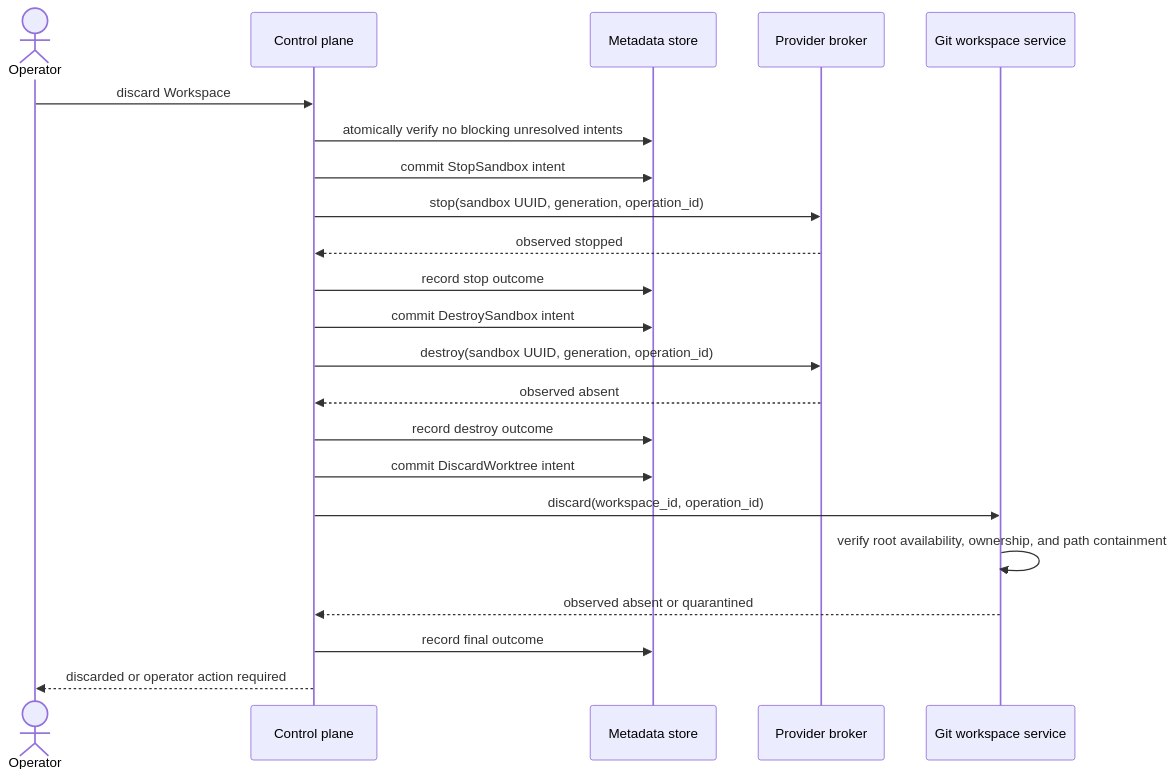
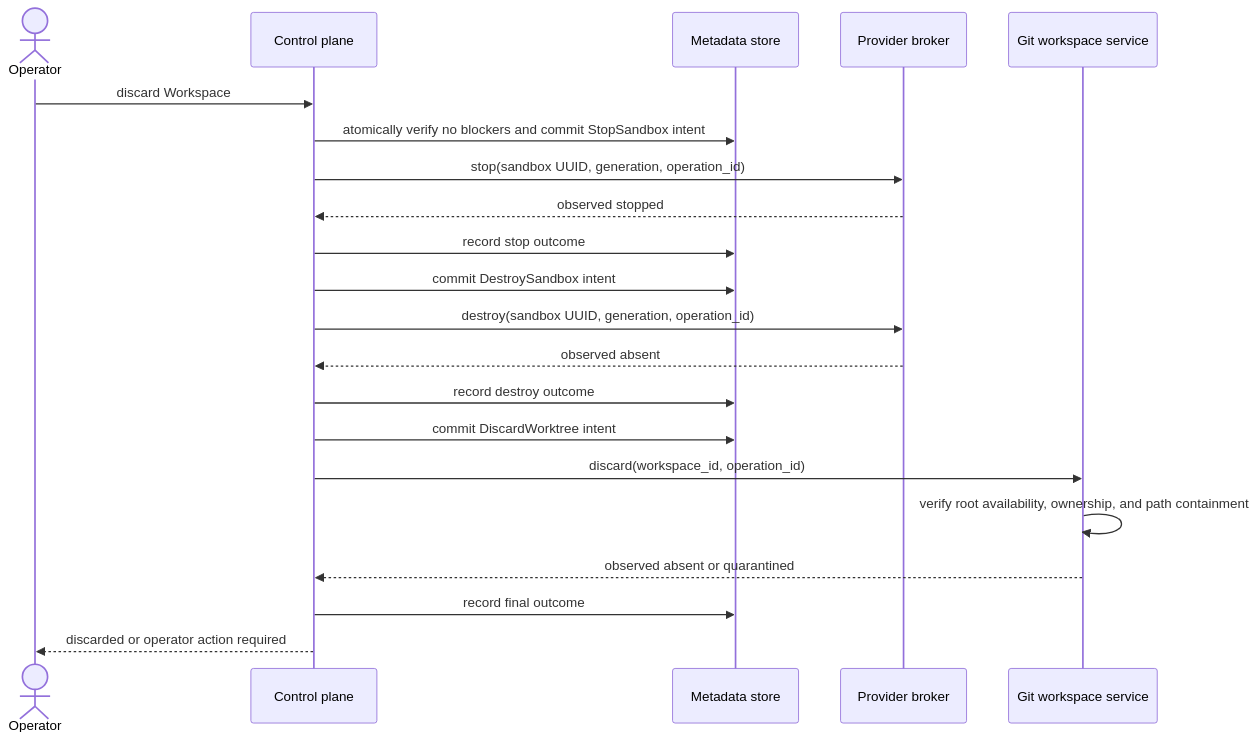
The sixth of 7 diagrams in docs/architecture/sequences-M1.md (ansami-dev/agnest), drawn with Mermaid before and after one commit. The commit also changed other lines of this file and 3 other files, not shown here.

First line of the commit message:
docs: address architecture review findings

````diff
--- a/docs/architecture/sequences-M1.md
+++ b/docs/architecture/sequences-M1.md
@@ -154,25 +157,24 @@
 ```mermaid
 sequenceDiagram
     actor O as Operator
     participant C as Control plane
     participant D as Metadata store
     participant P as Provider broker
     participant W as Git workspace service
 
     O->>C: discard Workspace
-    C->>D: atomically verify no blocking unresolved intents
-    C->>D: commit StopSandbox intent
+    C->>D: atomically verify no blockers and commit StopSandbox intent
     C->>P: stop(sandbox UUID, generation, operation_id)
     P-->>C: observed stopped
     C->>D: record stop outcome
     C->>D: commit DestroySandbox intent
     C->>P: destroy(sandbox UUID, generation, operation_id)
     P-->>C: observed absent
     C->>D: record destroy outcome
     C->>D: commit DiscardWorktree intent
     C->>W: discard(workspace_id, operation_id)
     W->>W: verify root availability, ownership, and path containment
     W-->>C: observed absent or quarantined
     C->>D: record final outcome
     C-->>O: discarded or operator action required
 ```
````
